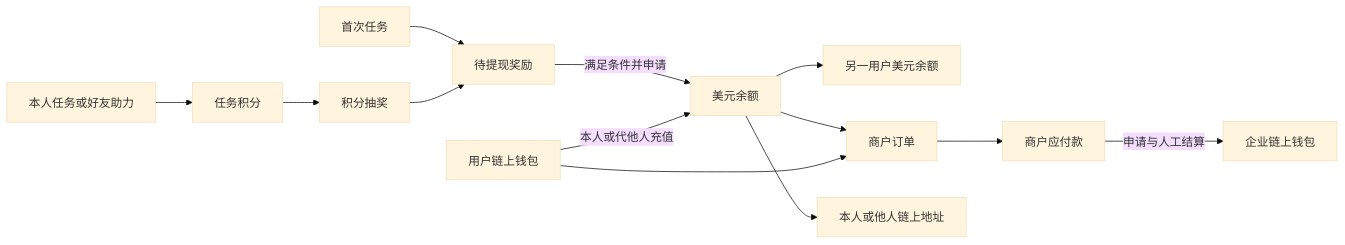
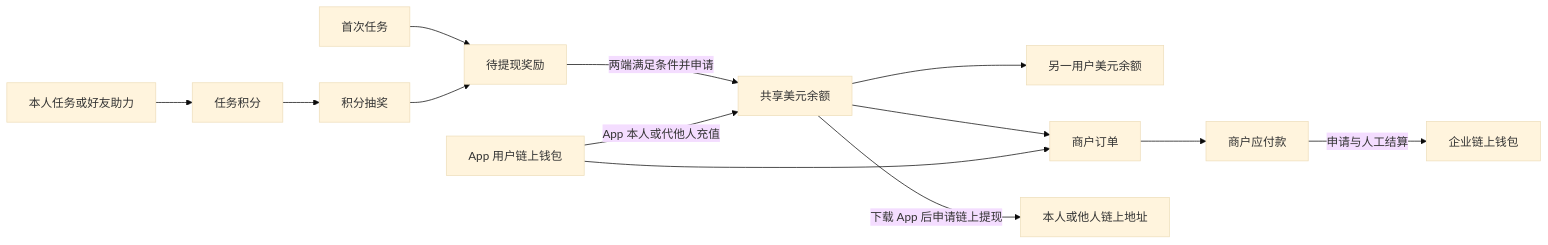
The diagram in docs/product/01项目总览.md (0xabcd-k/DexWallet), drawn with Mermaid (base theme) before and after one commit. The commit also changed other lines of this file and 17 other files, not shown here.

````diff
--- a/docs/product/01项目总览.md
+++ b/docs/product/01项目总览.md
@@ -53,15 +63,15 @@
 ```mermaid
 flowchart LR
     T[本人任务或好友助力] --> P[任务积分]
     P --> S[积分抽奖]
     F[首次任务] --> R[待提现奖励]
     S --> R
-    R -->|满足条件并申请| B[美元余额]
-    C[用户链上钱包] -->|本人或代他人充值| B
+    R -->|两端满足条件并申请| B[共享美元余额]
+    C[App 用户链上钱包] -->|App 本人或代他人充值| B
     B --> U[另一用户美元余额]
     B --> O[商户订单]
     C --> O
-    B --> W[本人或他人链上地址]
+    B -->|下载 App 后申请链上提现| W[本人或他人链上地址]
     O --> M[商户应付款]
     M -->|申请与人工结算| E[企业链上钱包]
 ```
````
